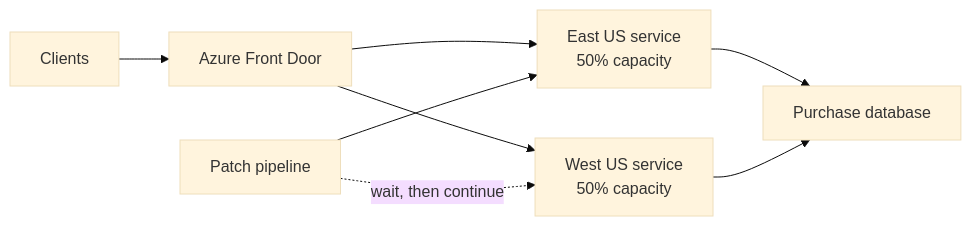
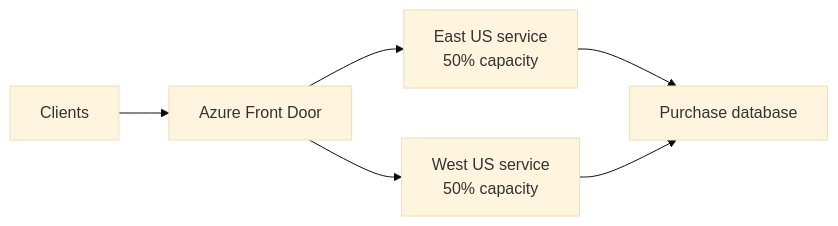
One commit to nimeshddesai/cloudmain changed the first of 5 diagrams in demo-dotnet/docs/investor-demo-one-pager.md. Above: the diagram before and after it, drawn with Mermaid (base theme). The commit also changed other lines of this file, not shown here.

Commit message:
Separate runtime and deployment diagrams

````diff
--- a/demo-dotnet/docs/investor-demo-one-pager.md
+++ b/demo-dotnet/docs/investor-demo-one-pager.md
@@ -19,10 +21,8 @@
 ```mermaid
 flowchart LR
     C["Clients"] --> AFD["Azure Front Door"]
     AFD --> EUS["East US service\n50% capacity"]
     AFD --> WUS["West US service\n50% capacity"]
     EUS --> DB["Purchase database"]
     WUS --> DB
-    P["Patch pipeline"] --> EUS
-    P -. "wait, then continue" .-> WUS
 ```
````
